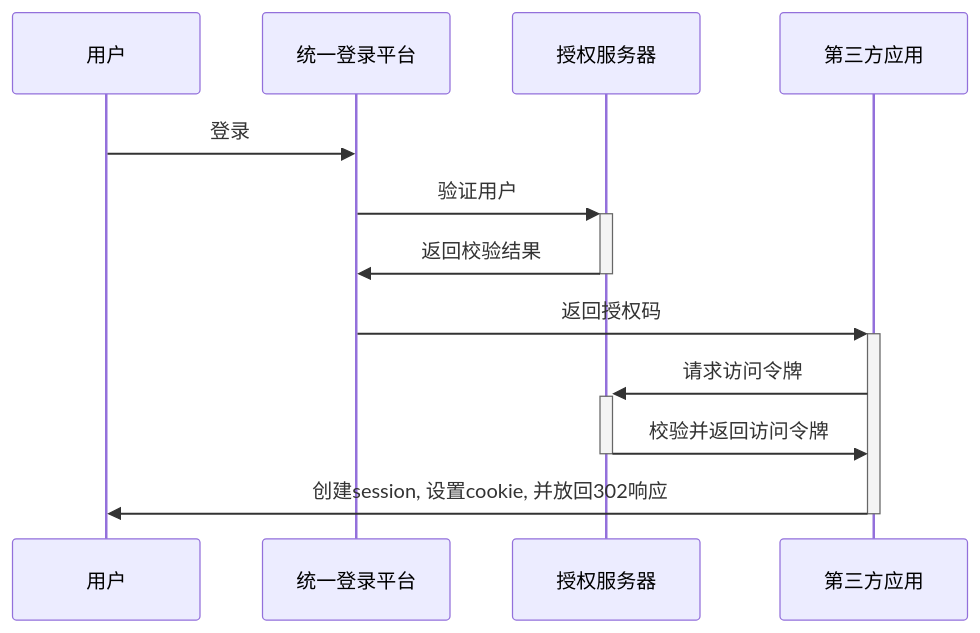
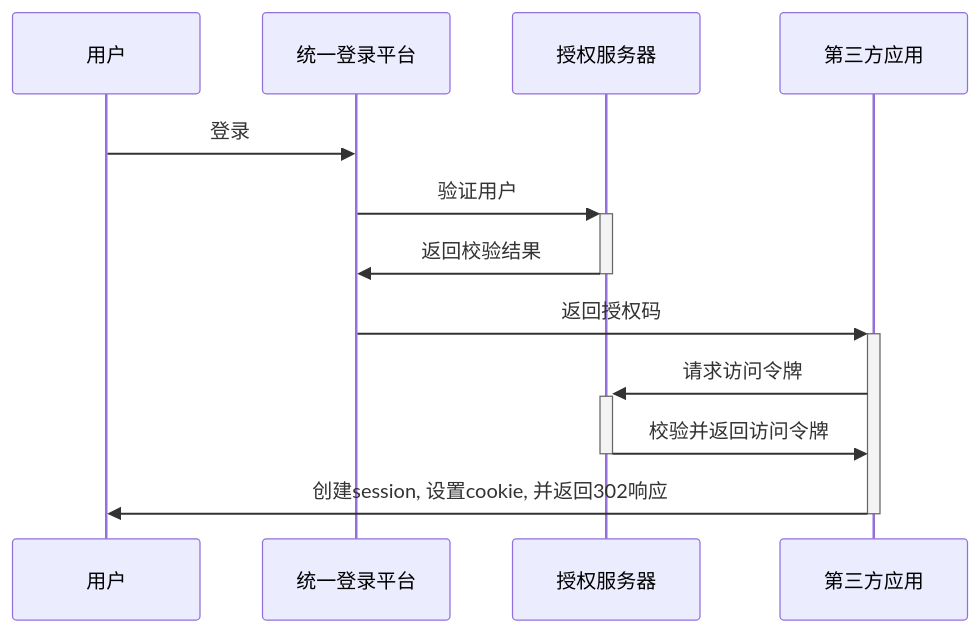
Before and after one commit to jyjsjd/jyjsjd.github.io: the second of 2 diagrams in _posts/2018-12-04-OAuth.md, drawn with Mermaid. The commit also changed other lines of this file, not shown here.

````diff
--- a/_posts/2018-12-04-OAuth.md
+++ b/_posts/2018-12-04-OAuth.md
@@ -148,15 +148,15 @@
 ```mermaid
 sequenceDiagram
 	participant 用户
 	participant 统一登录平台
 	participant 授权服务器
 	participant 第三方应用
     
     用户->>统一登录平台: 登录
     统一登录平台->>+授权服务器: 验证用户
     授权服务器->>-统一登录平台: 返回校验结果
     统一登录平台->>+第三方应用: 返回授权码
     第三方应用->>+授权服务器: 请求访问令牌
     授权服务器->>-第三方应用: 校验并返回访问令牌
-    第三方应用->>-用户: 创建session, 设置cookie, 并放回302响应
+    第三方应用->>-用户: 创建session, 设置cookie, 并返回302响应
 ```
````
